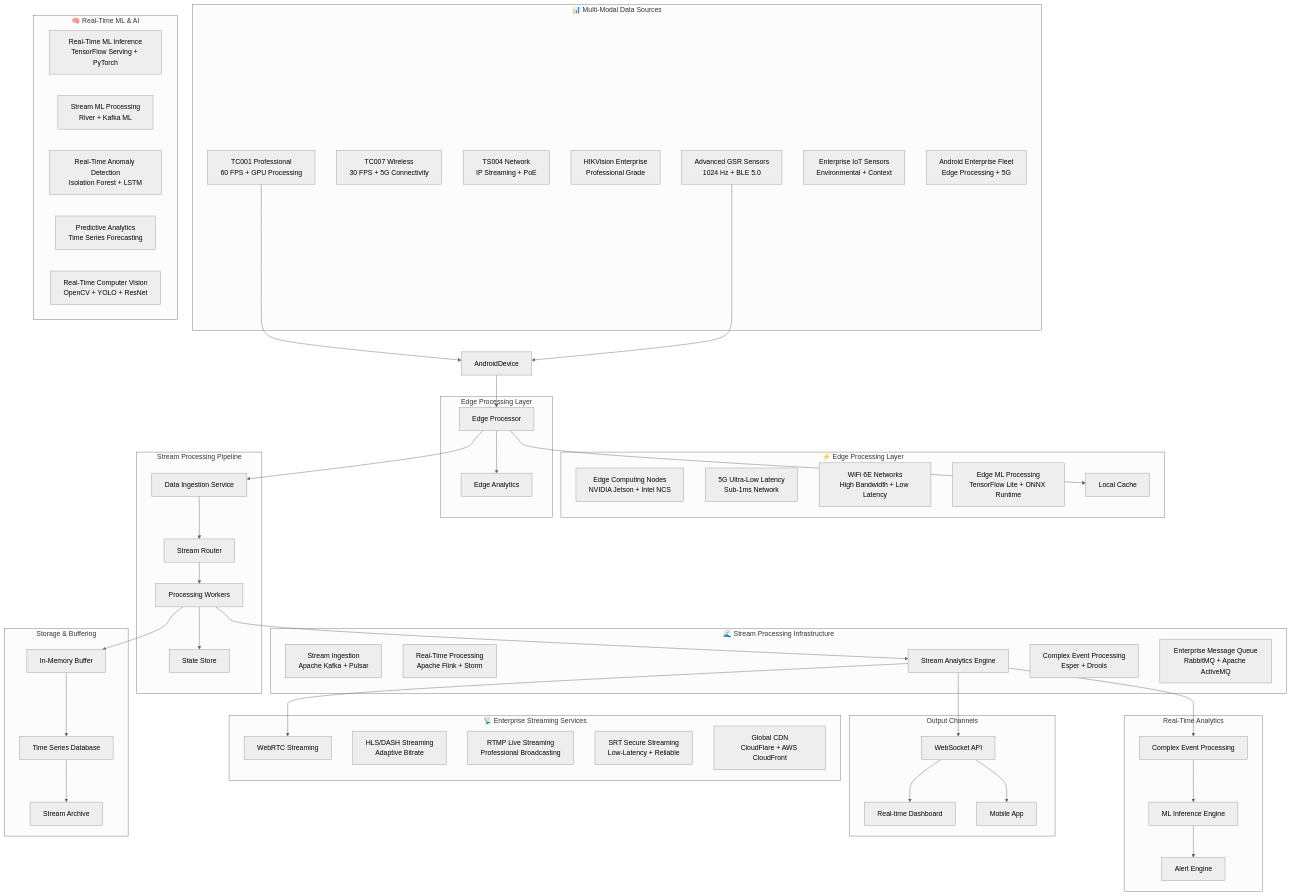
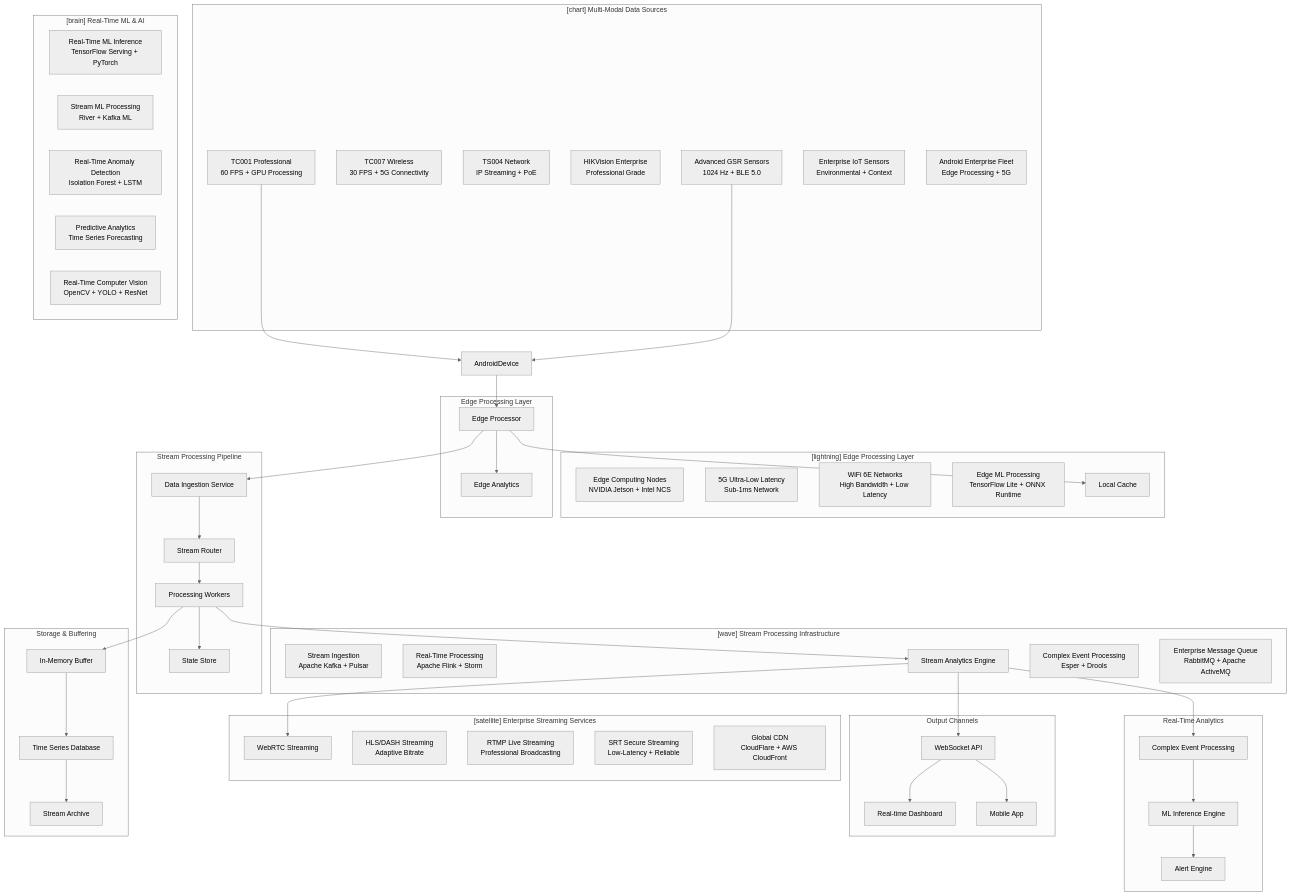
One commit to buccancs/IRCamera changed the diagram in docs/REALTIME_STREAMING.md. Above: the diagram before and after it, drawn with Mermaid (neutral theme). The commit also changed other lines of this file and 1030 other files, not shown here.

````diff
--- a/docs/REALTIME_STREAMING.md
+++ b/docs/REALTIME_STREAMING.md
@@ -28,6 +28,6 @@
 ```mermaid
 graph TB
-    subgraph "📊 Multi-Modal Data Sources"
+    subgraph "[chart] Multi-Modal Data Sources"
         TC001[TC001 Professional<br/>60 FPS + GPU Processing]
         TC007[TC007 Wireless<br/>30 FPS + 5G Connectivity]
         TS004[TS004 Network<br/>IP Streaming + PoE]
@@ -37,7 +37,7 @@
         AndroidDevices[Android Enterprise Fleet<br/>Edge Processing + 5G]
     end
     
-    subgraph "⚡ Edge Processing Layer"
+    subgraph "[lightning] Edge Processing Layer"
         EdgeNodes[Edge Computing Nodes<br/>NVIDIA Jetson + Intel NCS]
         5GNetwork[5G Ultra-Low Latency<br/>Sub-1ms Network]
         WiFi6[WiFi 6E Networks<br/>High Bandwidth + Low Latency]
@@ -45,7 +45,7 @@
         LocalCache[Edge Caching<br/>Redis + Hazelcast]
     end
     
-    subgraph "🌊 Stream Processing Infrastructure"
+    subgraph "[wave] Stream Processing Infrastructure"
         StreamIngestion[Stream Ingestion<br/>Apache Kafka + Pulsar]
         RealTimeProcessing[Real-Time Processing<br/>Apache Flink + Storm]
         StreamAnalytics[Stream Analytics<br/>Apache Spark Streaming]
@@ -53,7 +53,7 @@
         MessageQueue[Enterprise Message Queue<br/>RabbitMQ + Apache ActiveMQ]
     end
     
-    subgraph "🧠 Real-Time ML & AI"
+    subgraph "[brain] Real-Time ML & AI"
         MLInference[Real-Time ML Inference<br/>TensorFlow Serving + PyTorch]
         StreamML[Stream ML Processing<br/>River + Kafka ML]
         AnomalyDetection[Real-Time Anomaly Detection<br/>Isolation Forest + LSTM]
@@ -61,7 +61,7 @@
         ComputerVision[Real-Time Computer Vision<br/>OpenCV + YOLO + ResNet]
     end
     
-    subgraph "📡 Enterprise Streaming Services"
+    subgraph "[satellite] Enterprise Streaming Services"
         WebRTC[Enterprise WebRTC<br/>Multi-Party + Recording]
         HLS[HLS/DASH Streaming<br/>Adaptive Bitrate]
         RTMP[RTMP Live Streaming<br/>Professional Broadcasting]
````
